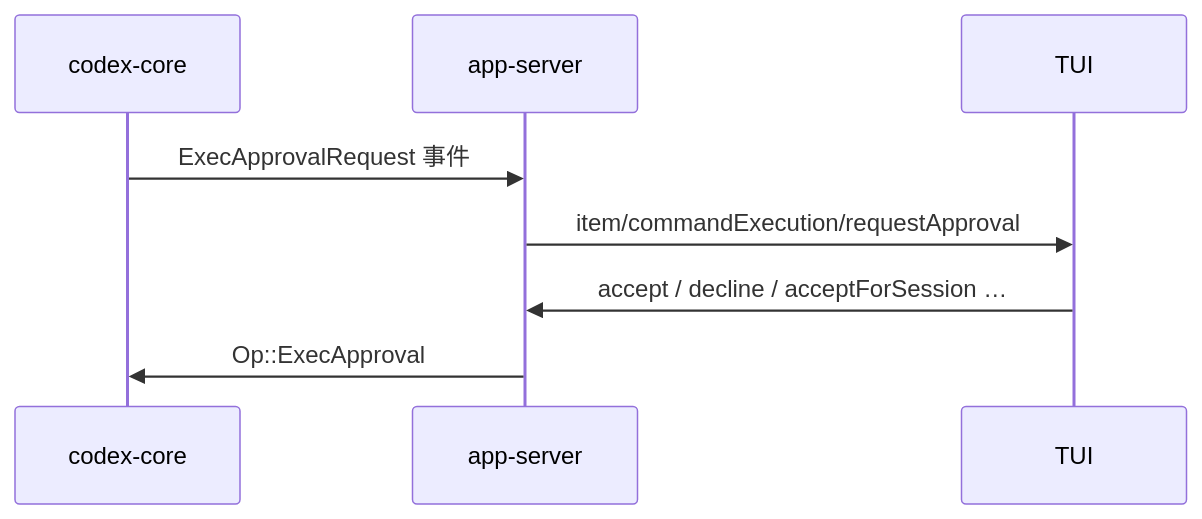
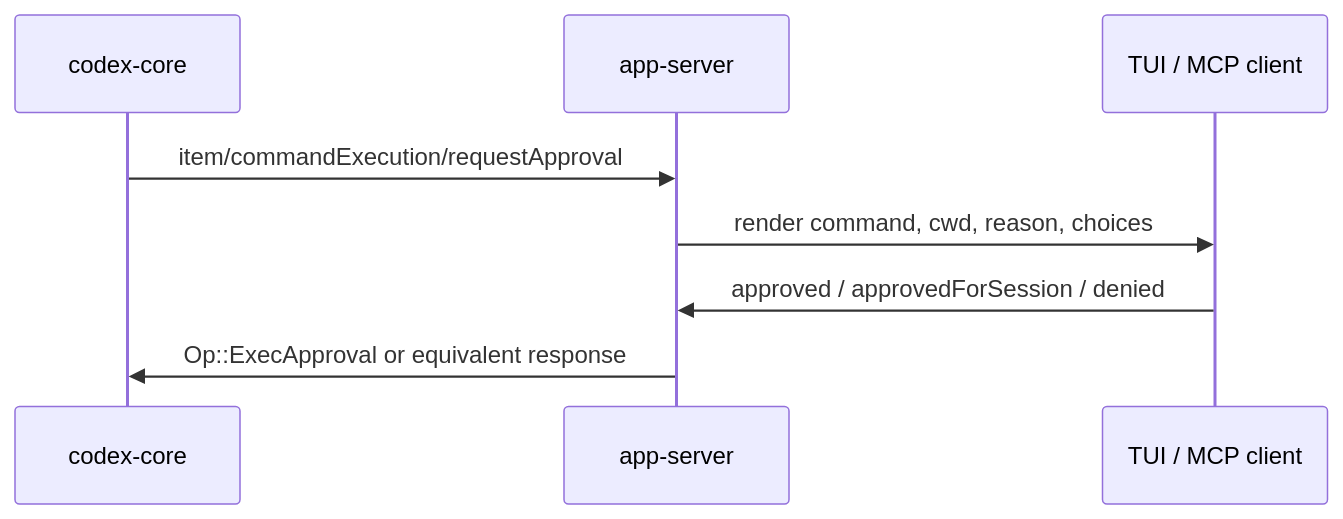
Before and after one commit to anneincontext/codex-labs: the second of 2 diagrams in notes/codex/security-design_zh.md, drawn with Mermaid. The commit also changed other lines of this file and 1 other file, not shown here.

````diff
--- a/notes/codex/security-design_zh.md
+++ b/notes/codex/security-design_zh.md
@@ -202,11 +229,11 @@
 ```mermaid
 sequenceDiagram
   participant Core as codex-core
   participant AS as app-server
-  participant TUI as TUI
+  participant UI as TUI / MCP client
 
-  Core->>AS: ExecApprovalRequest 事件
-  AS->>TUI: item/commandExecution/requestApproval
-  TUI->>AS: accept / decline / acceptForSession …
-  AS->>Core: Op::ExecApproval
+  Core->>AS: item/commandExecution/requestApproval
+  AS->>UI: render command, cwd, reason, choices
+  UI->>AS: approved / approvedForSession / denied
+  AS->>Core: Op::ExecApproval or equivalent response
 ```
````
